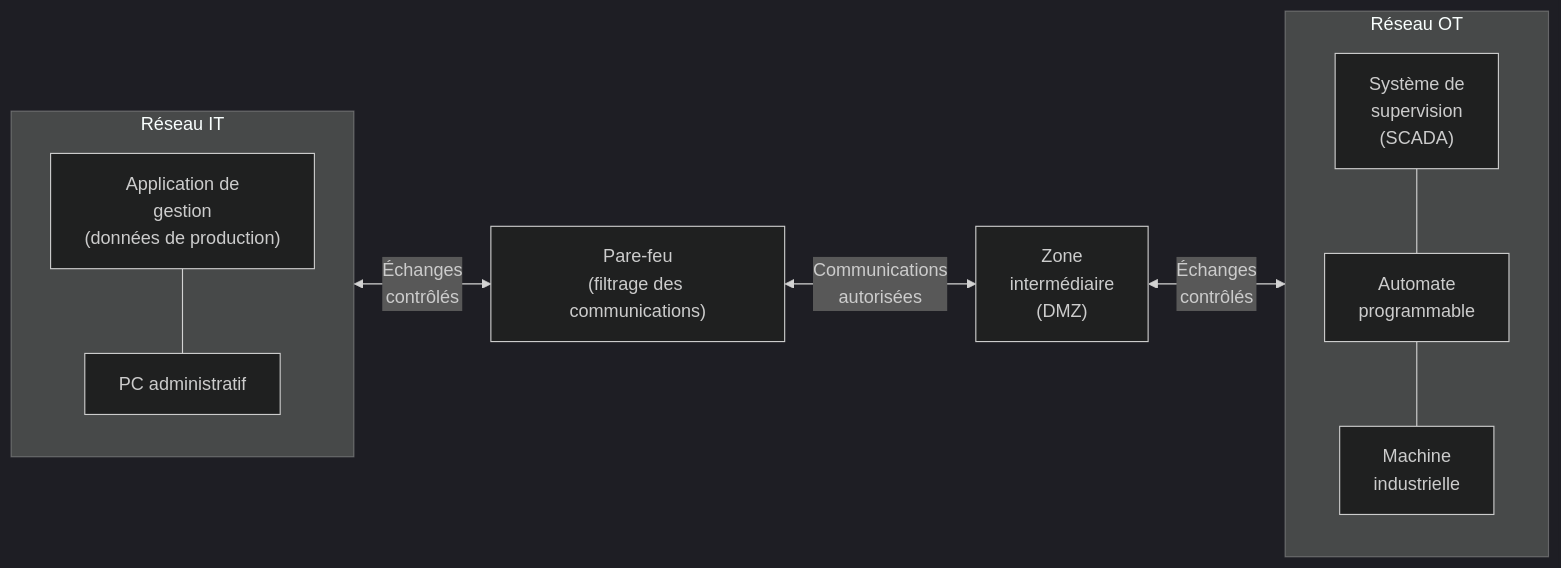
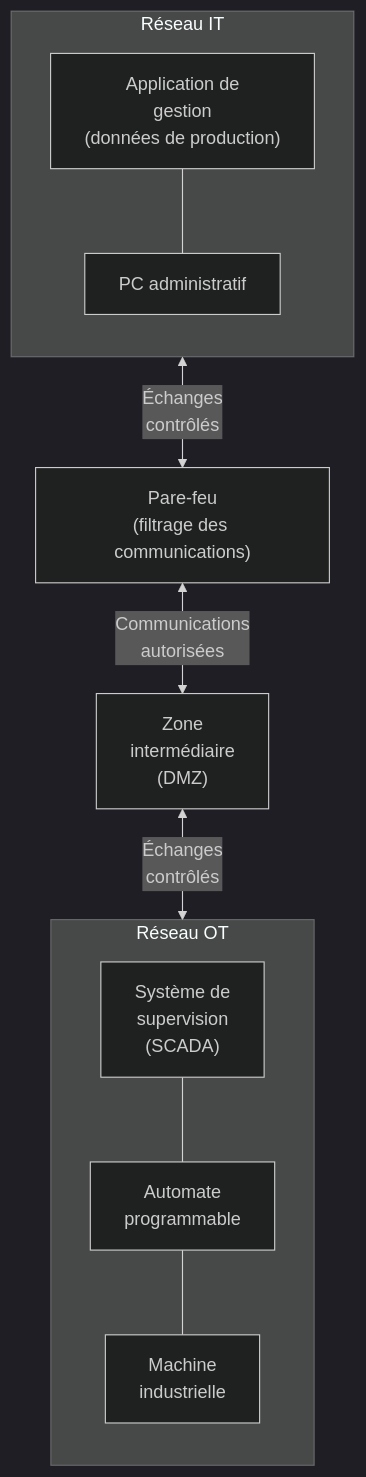
One commit to lechjo01/telecom_industriels changed the third of 3 diagrams in docs/01-Theorie/03-reseau-industriel.md. Above: the diagram before and after it, drawn with Mermaid (dark theme).

Commit message:
orientation graphe

````diff
--- a/docs/01-Theorie/03-reseau-industriel.md
+++ b/docs/01-Theorie/03-reseau-industriel.md
@@ -133,25 +133,25 @@
 ```mermaid
-flowchart LR
+flowchart TB
     subgraph IT["Réseau IT"]
         direction TB
         ERP["Application de<br/>gestion<br/>(données de production)"]
         PC["PC administratif"]
         ERP --- PC
     end
 
     FW["Pare-feu<br/>(filtrage des communications)"]
     DMZ["Zone<br/>intermédiaire<br/>(DMZ)"]
     SCADA["Système de<br/>supervision<br/>(SCADA)"]
 
     subgraph OT["Réseau OT"]
         direction TB
         PLC["Automate<br/>programmable"]
         MACHINE["Machine<br/>industrielle"]
         SCADA --- PLC
         PLC --- MACHINE
     end
 
     ERP <-->|"Échanges<br/>contrôlés"| FW
     FW <-->|"Communications<br/>autorisées"| DMZ
     DMZ <-->|"Échanges<br/>contrôlés"| SCADA
 ```
````
